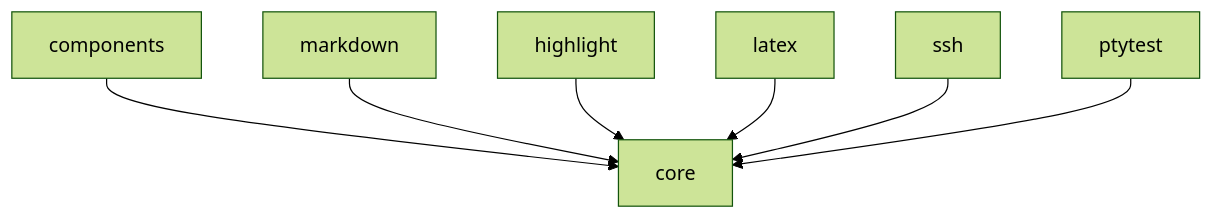
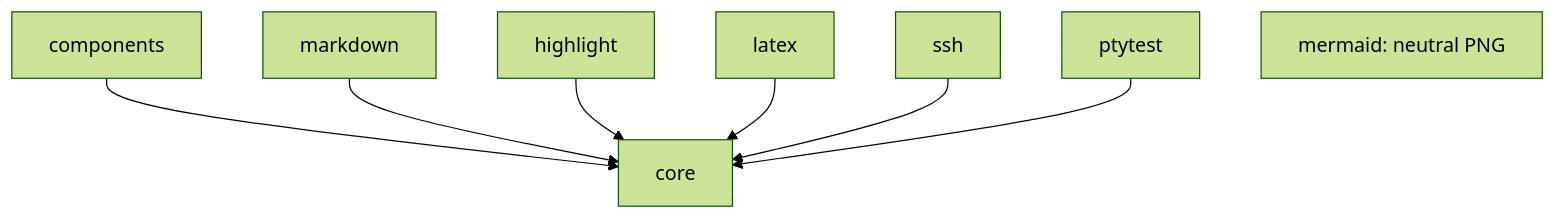
The diagram in docs/modules.md (Tangerg/oolong), drawn with Mermaid (forest theme) before and after one commit. The commit also changed other lines of this file and 142 other files, not shown here.

````diff
--- a/docs/modules.md
+++ b/docs/modules.md
@@ -68,9 +69,10 @@
 ```mermaid
 flowchart TD
     components --> core
     markdown --> core
     highlight --> core
     latex --> core
     ssh --> core
     ptytest --> core
+    mermaid[mermaid: neutral PNG]
 ```
````
